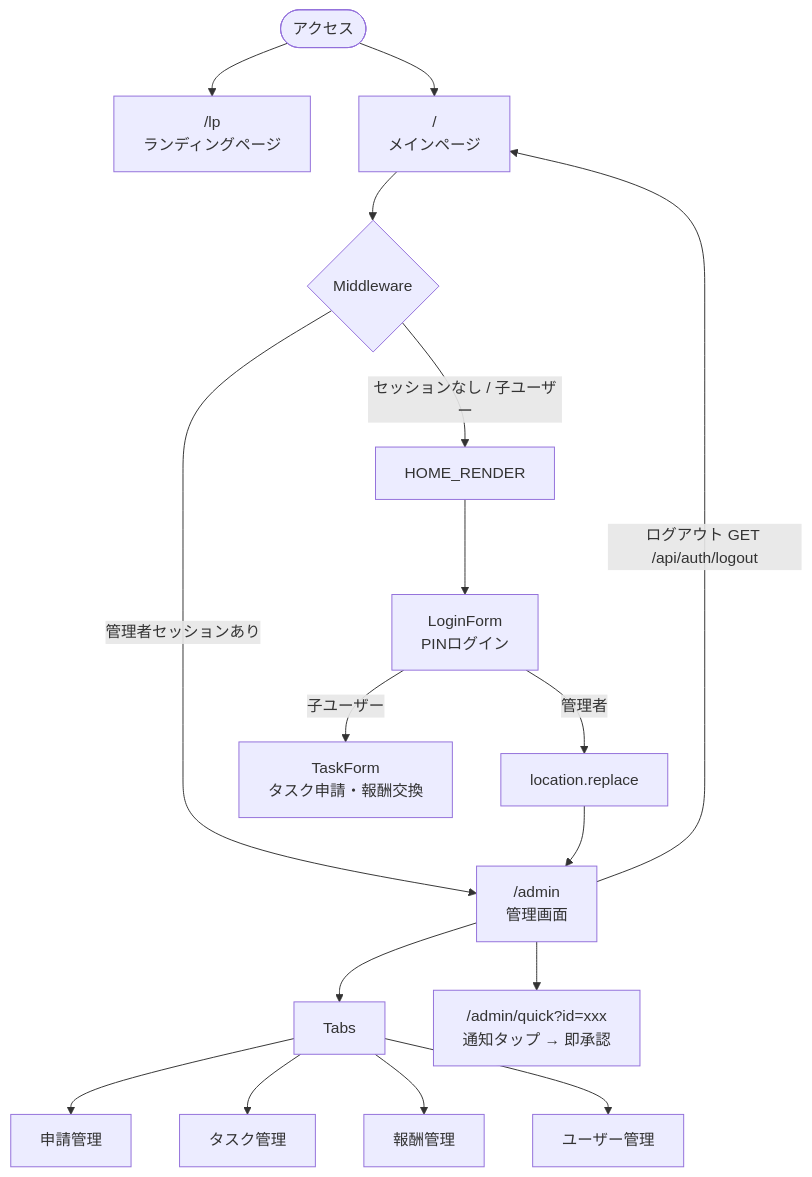
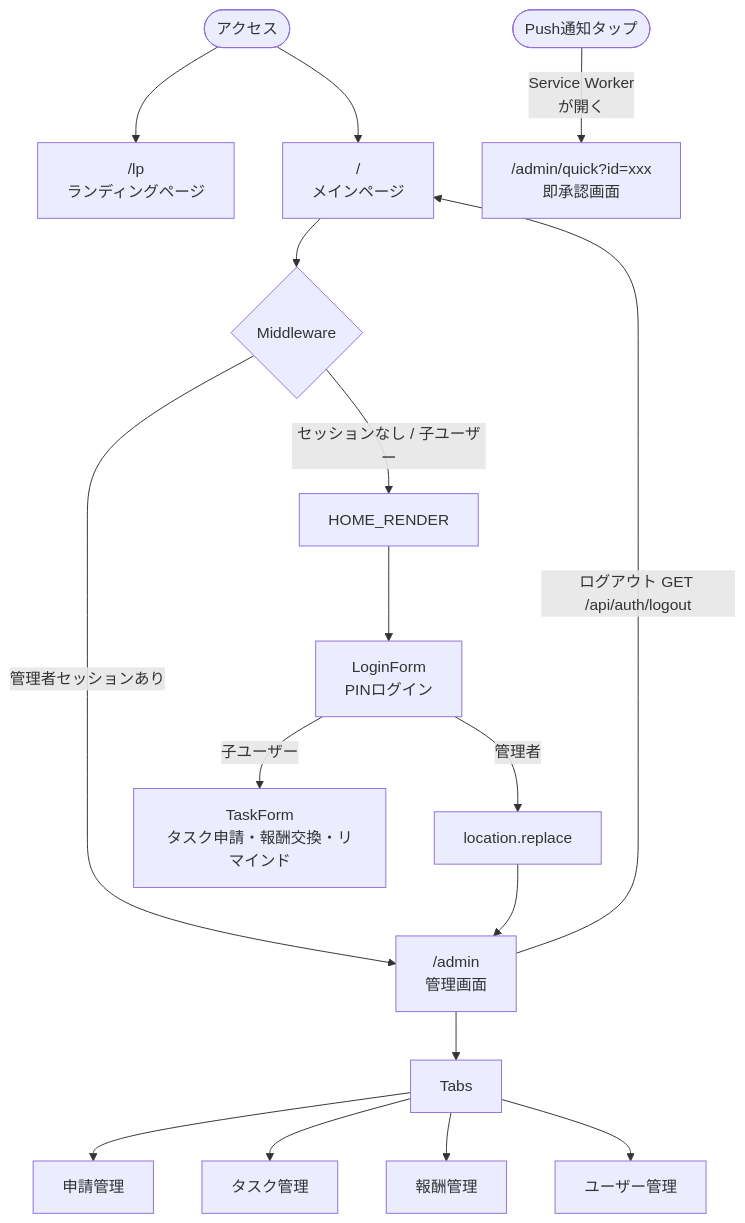
Before and after one commit to YujiOYA/juice-point: the second of 7 diagrams in README.md, drawn with Mermaid. The commit also changed other lines of this file, not shown here.

First line of the commit message:
docs: 基本設計のMermaid図を最新の実装に更新

````diff
--- a/README.md
+++ b/README.md
@@ -242,26 +242,27 @@
 ```mermaid
 flowchart TD
     START([アクセス]) --> LP["/lp<br/>ランディングページ"]
     START --> HOME
 
     HOME["/<br/>メインページ"]
     HOME --> MW{Middleware}
     MW -->|管理者セッションあり| ADMIN
     MW -->|セッションなし / 子ユーザー| HOME_RENDER
 
     HOME_RENDER --> LOGIN["LoginForm<br/>PINログイン"]
-    LOGIN -->|子ユーザー| TASK["TaskForm<br/>タスク申請・報酬交換"]
+    LOGIN -->|子ユーザー| TASK["TaskForm<br/>タスク申請・報酬交換・リマインド"]
     LOGIN -->|管理者| ADMIN_NAV[location.replace]
     ADMIN_NAV --> ADMIN
 
     ADMIN["/admin<br/>管理画面"]
     ADMIN --> TABS[Tabs]
     TABS --> SM[申請管理]
     TABS --> TM[タスク管理]
     TABS --> RM[報酬管理]
     TABS --> UM[ユーザー管理]
 
-    ADMIN --> QA["/admin/quick?id=xxx<br/>通知タップ → 即承認"]
+    NOTIF([Push通知タップ]) -->|Service Worker<br/>が開く| QA
+    QA["/admin/quick?id=xxx<br/>即承認画面"]
 
     ADMIN -->|ログアウト GET /api/auth/logout| HOME
 ```
````
